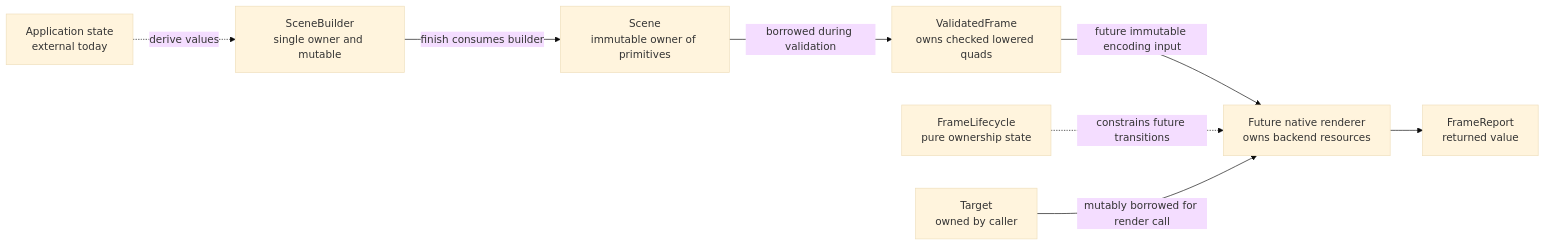
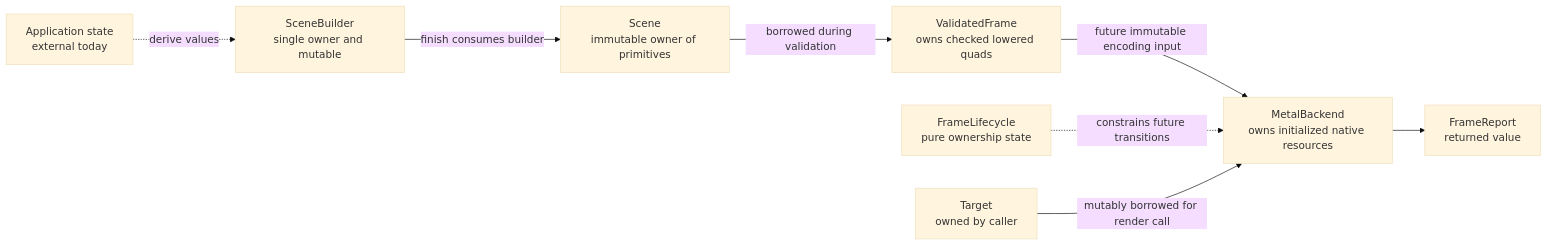
One commit to dbuddha/alpine-gpui changed the second of 7 diagrams in ARCHITECTURE.md. Above: the diagram before and after it, drawn with Mermaid (base theme). The commit also changed other lines of this file and 25 other files, not shown here.

````diff
--- a/ARCHITECTURE.md
+++ b/ARCHITECTURE.md
@@ -68,19 +78,19 @@
 ```mermaid
 flowchart LR
     state["Application state<br/>external today"]
     builder["SceneBuilder<br/>single owner and mutable"]
     snapshot["Scene<br/>immutable owner of primitives"]
     plan["ValidatedFrame<br/>owns checked lowered quads"]
     lifecycle["FrameLifecycle<br/>pure ownership state"]
-    renderer["Future native renderer<br/>owns backend resources"]
+    renderer["MetalBackend<br/>owns initialized native resources"]
     target["Target<br/>owned by caller"]
     report["FrameReport<br/>returned value"]
 
     state -. "derive values" .-> builder
     builder -->|"finish consumes builder"| snapshot
     snapshot -->|"borrowed during validation"| plan
     plan -->|"future immutable encoding input"| renderer
     lifecycle -. "constrains future transitions" .-> renderer
     target -->|"mutably borrowed for render call"| renderer
     renderer --> report
 ```
````
